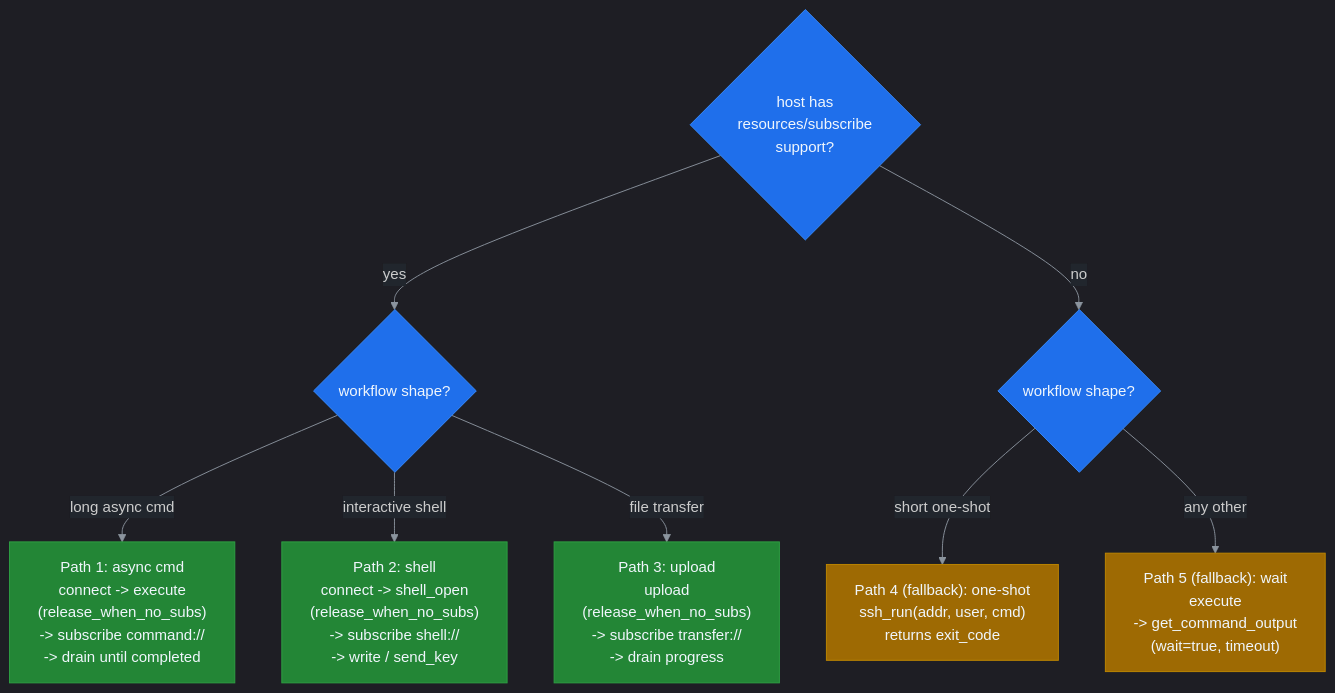
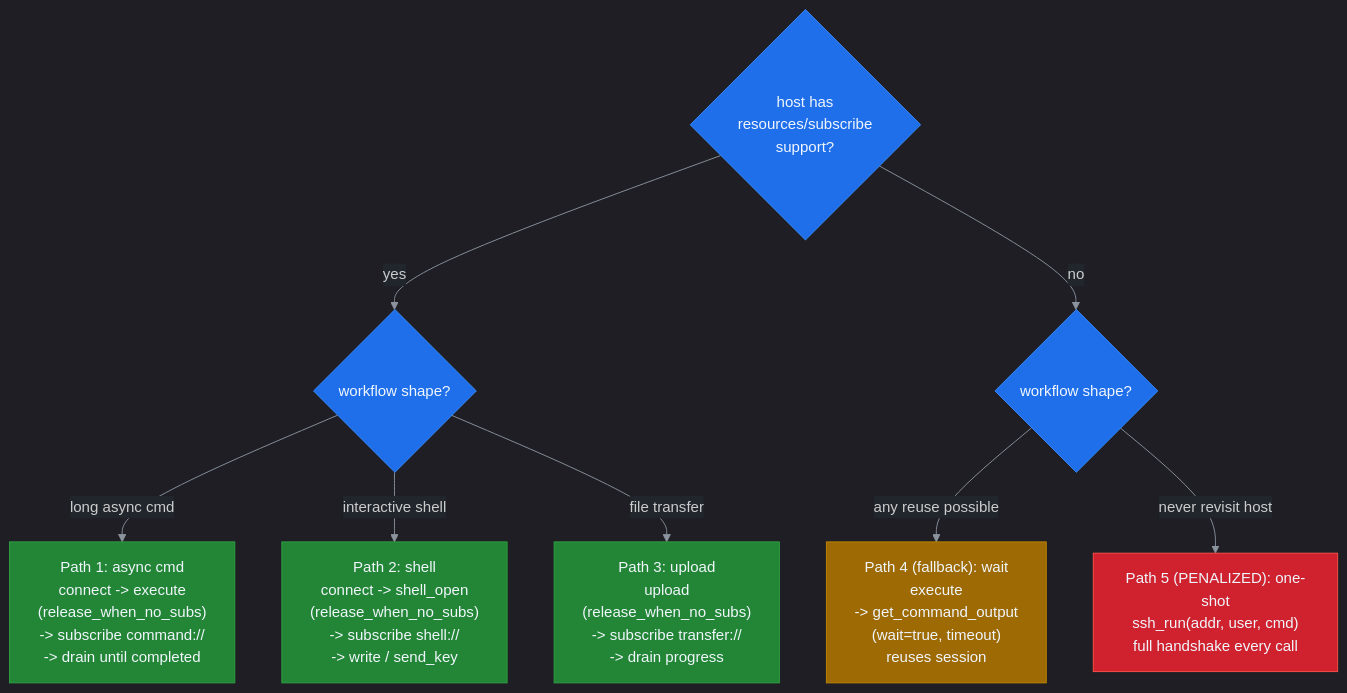
One commit to farchanjo/ssh-mcp changed the second of 7 diagrams in docs/LLM_GUIDE.md. Above: the diagram before and after it, drawn with Mermaid. The commit also changed other lines of this file and 2 other files, not shown here.

````diff
--- a/docs/LLM_GUIDE.md
+++ b/docs/LLM_GUIDE.md
@@ -181,26 +185,28 @@
 ```mermaid
 %%{init: {'theme':'dark','themeVariables':{'primaryColor':'#1f6feb','primaryTextColor':'#f0f6fc','primaryBorderColor':'#388bfd','lineColor':'#8b949e','secondaryColor':'#161b22','tertiaryColor':'#21262d','background':'#0d1117','mainBkg':'#161b22','secondBkg':'#21262d','tertiaryBkg':'#0d1117','nodeTextColor':'#f0f6fc','edgeLabelBackground':'#21262d','clusterBkg':'#161b22','clusterBorder':'#30363d','titleColor':'#f0f6fc'}}}%%
 flowchart TD
     Q{"host has<br/>resources/subscribe<br/>support?"}
     K{"workflow shape?"}
     P1["Path 1: async cmd<br/>connect -> execute<br/>(release_when_no_subs)<br/>-> subscribe command://<br/>-> drain until completed"]
     P2["Path 2: shell<br/>connect -> shell_open<br/>(release_when_no_subs)<br/>-> subscribe shell://<br/>-> write / send_key"]
     P3["Path 3: upload<br/>upload<br/>(release_when_no_subs)<br/>-> subscribe transfer://<br/>-> drain progress"]
-    P4["Path 4 (fallback): one-shot<br/>ssh_run(addr, user, cmd)<br/>returns exit_code"]
-    P5["Path 5 (fallback): wait<br/>execute<br/>-> get_command_output<br/>(wait=true, timeout)"]
+    P4["Path 4 (fallback): wait<br/>execute<br/>-> get_command_output<br/>(wait=true, timeout)<br/>reuses session"]
+    P5["Path 5 (PENALIZED): one-shot<br/>ssh_run(addr, user, cmd)<br/>full handshake every call"]
 
     Q -->|yes| K
     Q -->|no| K2{"workflow shape?"}
     K -->|"long async cmd"| P1
     K -->|"interactive shell"| P2
     K -->|"file transfer"| P3
-    K2 -->|"short one-shot"| P4
-    K2 -->|"any other"| P5
+    K2 -->|"any reuse possible"| P4
+    K2 -->|"never revisit host"| P5
 
     classDef push fill:#238636,color:#f0f6fc,stroke:#2ea043
     classDef fallback fill:#9e6a03,color:#f0f6fc,stroke:#bf8700
+    classDef penalized fill:#cf222e,color:#f0f6fc,stroke:#f85149
     classDef branch fill:#1f6feb,color:#f0f6fc,stroke:#388bfd
     class P1,P2,P3 push
-    class P4,P5 fallback
+    class P4 fallback
+    class P5 penalized
     class Q,K,K2 branch
 ```
````
